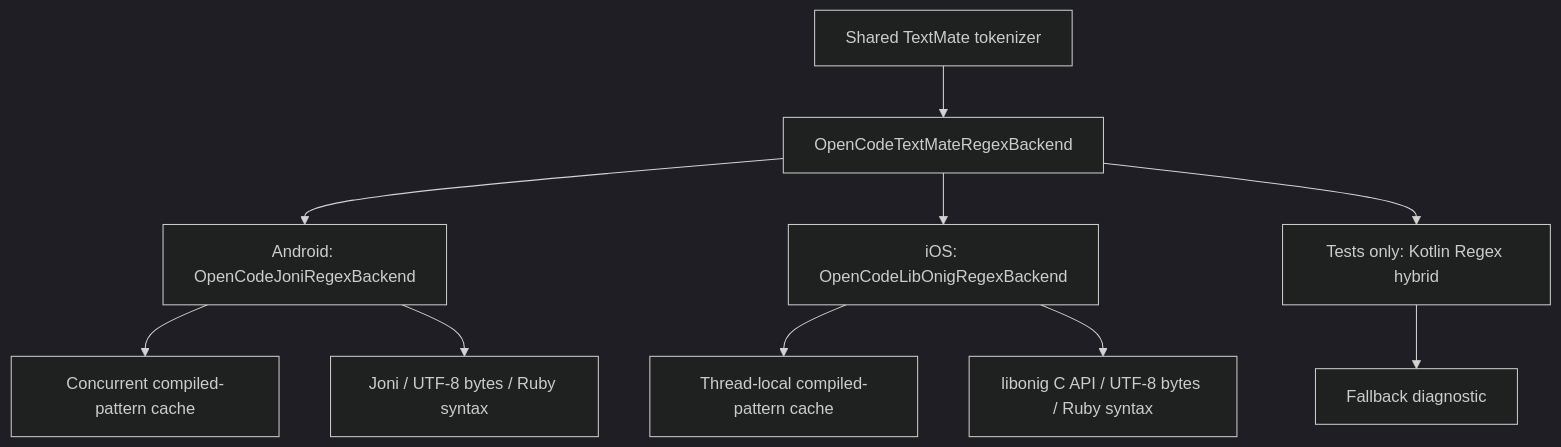
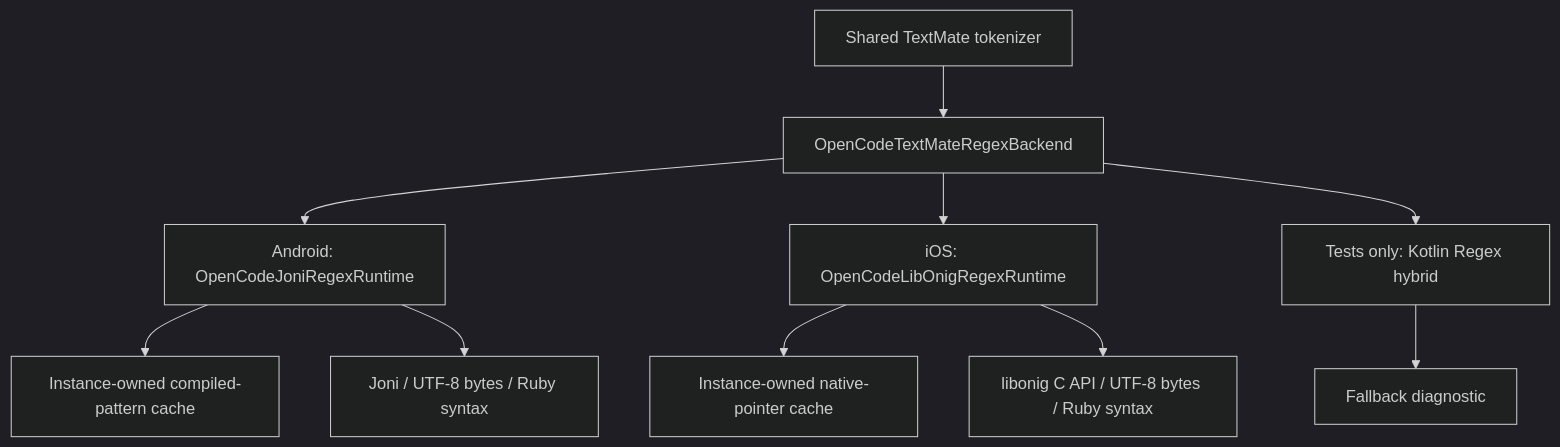
One commit to opencode-mobile/opencode-mobile changed the sixth of 10 diagrams in docs/features/native-rendered-markdown/textmate-markdown-highlighter-architecture-report.md. Above: the diagram before and after it, drawn with Mermaid (dark theme). The commit also changed other lines of this file and 36 other files, not shown here.

````diff
--- a/docs/features/native-rendered-markdown/textmate-markdown-highlighter-architecture-report.md
+++ b/docs/features/native-rendered-markdown/textmate-markdown-highlighter-architecture-report.md
@@ -402,12 +405,12 @@
 ```mermaid
 flowchart TB
     T["Shared TextMate tokenizer"] --> R["OpenCodeTextMateRegexBackend"]
-    R --> A["Android: OpenCodeJoniRegexBackend"]
-    R --> I["iOS: OpenCodeLibOnigRegexBackend"]
+    R --> A["Android: OpenCodeJoniRegexRuntime"]
+    R --> I["iOS: OpenCodeLibOnigRegexRuntime"]
     R --> K["Tests only: Kotlin Regex hybrid"]
-    A --> A1["Concurrent compiled-pattern cache"]
+    A --> A1["Instance-owned compiled-pattern cache"]
     A --> A2["Joni / UTF-8 bytes / Ruby syntax"]
-    I --> I1["Thread-local compiled-pattern cache"]
+    I --> I1["Instance-owned native-pointer cache"]
     I --> I2["libonig C API / UTF-8 bytes / Ruby syntax"]
     K --> K1["Fallback diagnostic"]
 ```
````
